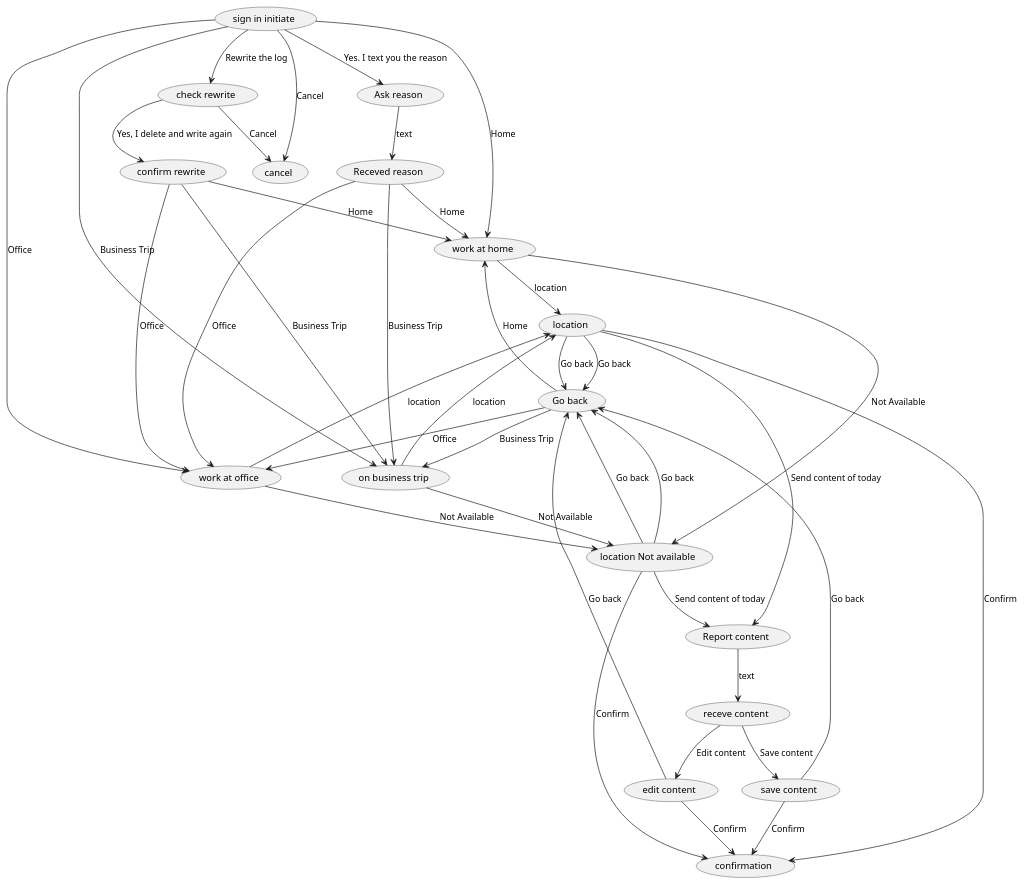
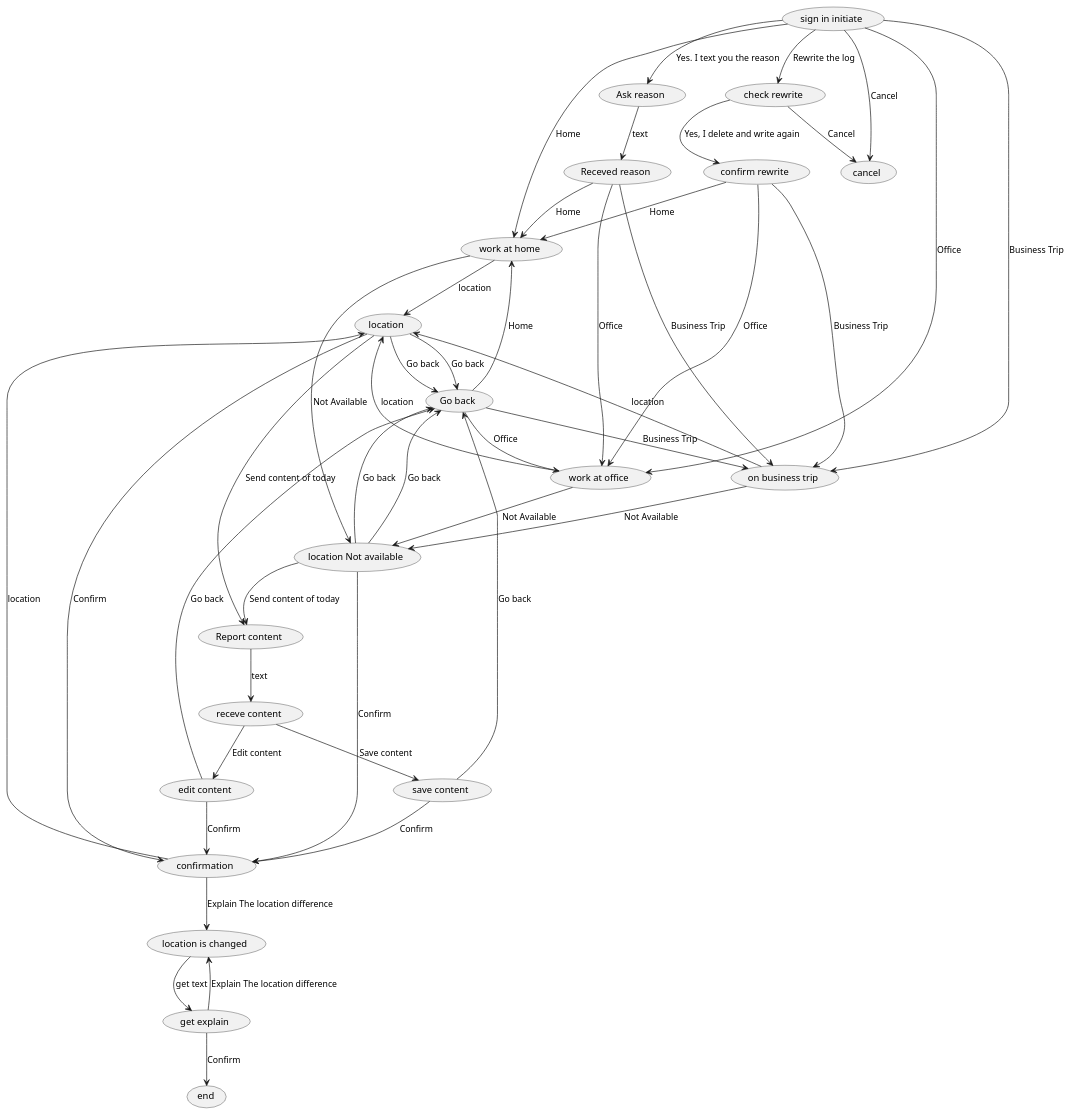
One commit to JunDamin/telegram_bot_with_django changed the diagram in telegram_bot/diagrams/tree_sign_in.wsd. Above: the diagram before and after it, drawn with PlantUML. The commit also changed 6 other files, not shown here.

Commit message:
add check location flow.

```diff
--- a/telegram_bot/diagrams/tree_sign_in.wsd
+++ b/telegram_bot/diagrams/tree_sign_in.wsd
@@ -1,43 +1,48 @@
 @startuml
 'default
 top to bottom direction
 (sign in initiate) --> (work at home): Home
 (sign in initiate) --> (work at office): Office
 (sign in initiate) --> (on business trip): Business Trip
 (sign in initiate) --> (check rewrite): Rewrite the log
 (sign in initiate) --> (cancel): Cancel
 (sign in initiate) --> (Ask reason): Yes. I text you the reason
 (work at home) --> (location): location
 (work at home) --> (location Not available): Not Available
 (location) --> (confirmation): Confirm
 (location) --> (Go back): Go back
 (location) --> (Report content): Send content of today
 (location) --> (Go back): Go back
+(confirmation) --> (location is changed): Explain The location difference
+(confirmation) --> (location): location
+(location is changed) --> (get explain): get text
+(get explain) --> (end): Confirm
+(get explain) --> (location is changed): Explain The location difference
 (Go back) --> (work at home): Home
 (Go back) --> (work at office): Office
 (Go back) --> (on business trip): Business Trip
 (work at office) --> (location): location
 (work at office) --> (location Not available): Not Available
 (location Not available) --> (confirmation): Confirm
 (location Not available) --> (Go back): Go back
 (location Not available) --> (Report content): Send content of today
 (location Not available) --> (Go back): Go back
 (Report content) --> (receve content): text
 (receve content) --> (save content): Save content
 (receve content) --> (edit content): Edit content
 (save content) --> (confirmation): Confirm
 (save content) --> (Go back): Go back
 (edit content) --> (confirmation): Confirm
 (edit content) --> (Go back): Go back
 (on business trip) --> (location): location
 (on business trip) --> (location Not available): Not Available
 (check rewrite) --> (confirm rewrite): Yes, I delete and write again
 (check rewrite) --> (cancel): Cancel
 (confirm rewrite) --> (work at home): Home
 (confirm rewrite) --> (work at office): Office
 (confirm rewrite) --> (on business trip): Business Trip
 (Ask reason) --> (Receved reason): text
 (Receved reason) --> (work at home): Home
 (Receved reason) --> (work at office): Office
 (Receved reason) --> (on business trip): Business Trip
 @enduml
```
